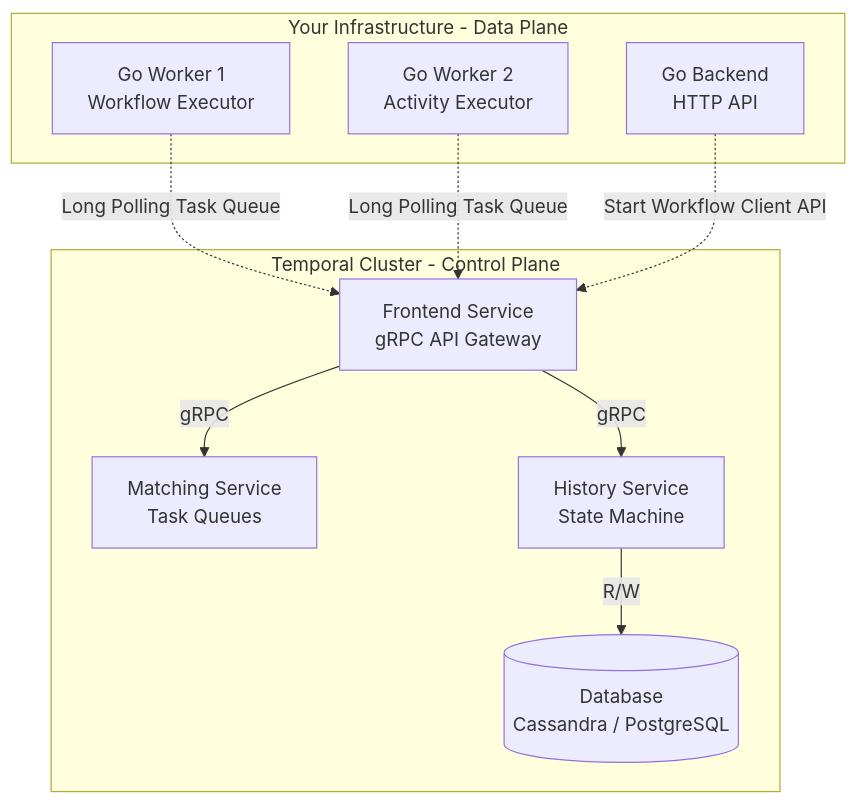
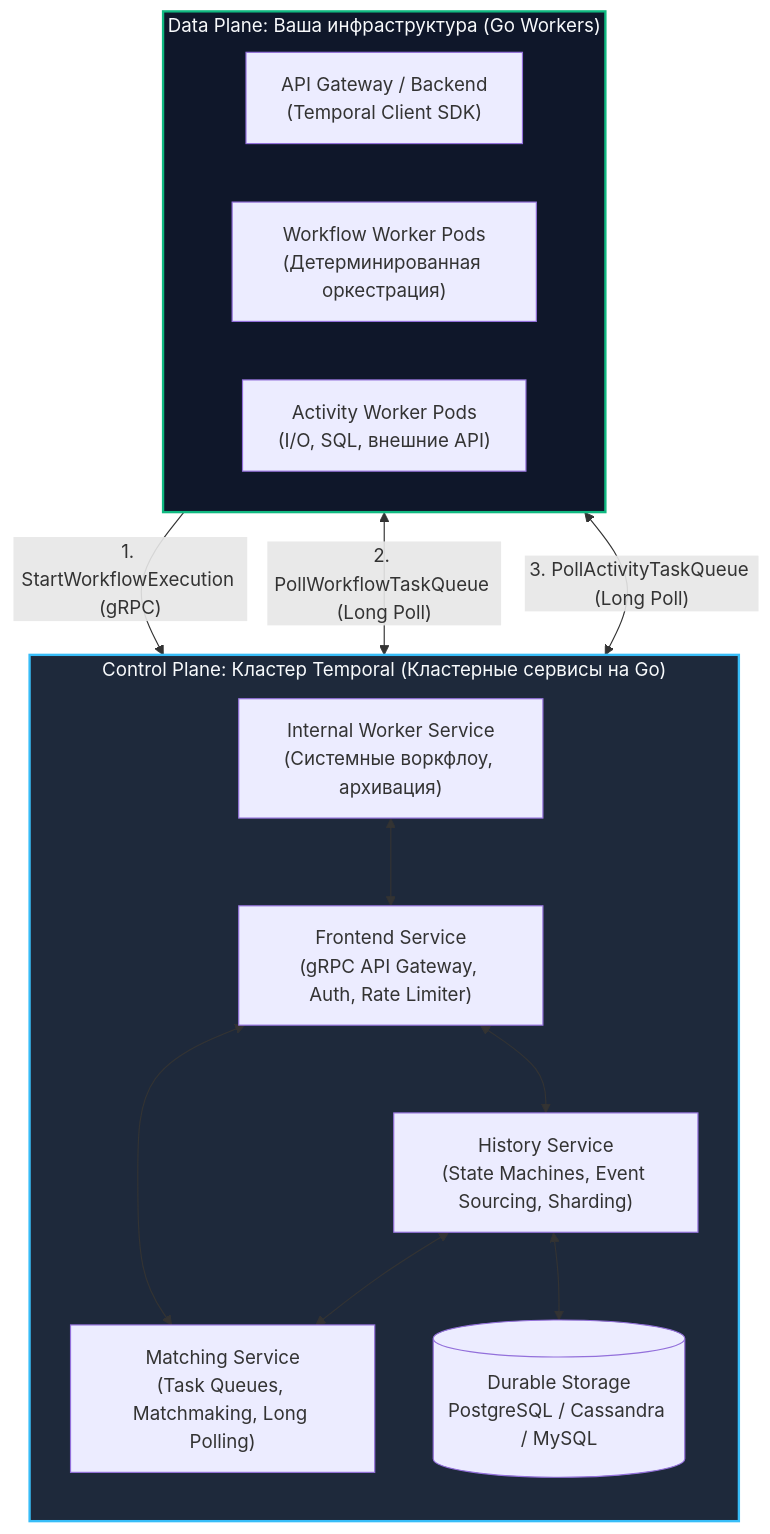
The first of 3 diagrams in sources/13. Очереди, брокеры сообщений и оркестраторы/06. Оркестрация процессов/2. Temporal. Архитектура и концепции.md (UnrealTemplier/go-textbook), drawn with Mermaid before and after one commit. The commit also changed other lines of this file, not shown here.

Commit message:
feat(module-13): editorial rewrite of lecture 2 (Temporal architecture) in Subsection 6 in Kernighan style

````diff
--- a/sources/13. Очереди, брокеры сообщений и оркестраторы/06. Оркестрация процессов/2. Temporal. Архитектура и концепции.md
+++ b/sources/13. Очереди, брокеры сообщений и оркестраторы/06. Оркестрация процессов/2. Temporal. Архитектура и концепции.md
@@ -26,23 +19,33 @@
 ```mermaid
-graph TD
-    subgraph Temporal Cluster - Control Plane
-        F["Frontend Service<br>gRPC API Gateway"]
-        M["Matching Service<br>Task Queues"]
-        H["History Service<br>State Machine"]
-        DB[(Database<br>Cassandra / PostgreSQL)]
+flowchart TB
+    subgraph ControlPlane["Control Plane: Кластер Temporal (Кластерные сервисы на Go)"]
+        direction TB
+        F["Frontend Service<br>(gRPC API Gateway, Auth, Rate Limiter)"]
+        M["Matching Service<br>(Task Queues, Matchmaking, Long Polling)"]
+        H["History Service<br>(State Machines, Event Sourcing, Sharding)"]
+        W_SYS["Internal Worker Service<br>(Системные воркфлоу, архивация)"]
+        DB[(Durable Storage<br>PostgreSQL / Cassandra / MySQL)]
         
-        F -->|gRPC| M
-        F -->|gRPC| H
-        H -->|R/W| DB
+        F <--> M
+        F <--> H
+        H <--> DB
+        H <--> M
+        W_SYS <--> F
     end
-    
-    subgraph Your Infrastructure - Data Plane
-        W1["Go Worker 1<br>Workflow Executor"]
-        W2["Go Worker 2<br>Activity Executor"]
-        App["Go Backend<br>HTTP API"]
+
+    subgraph DataPlane["Data Plane: Ваша инфраструктура (Go Workers)"]
+        direction LR
+        AppClient["API Gateway / Backend<br>(Temporal Client SDK)"]
+        W1["Workflow Worker Pods<br>(Детерминированная оркестрация)"]
+        W2["Activity Worker Pods<br>(I/O, SQL, внешние API)"]
     end
-    
-    W1 -.->|"Long Polling Task Queue"| F
-    W2 -.->|"Long Polling Task Queue"| F
-    App -.->|"Start Workflow Client API"| F
+
+    AppClient -->|"1. StartWorkflowExecution (gRPC)"| F
+    W1 <-->|"2. PollWorkflowTaskQueue (Long Poll)"| F
+    W2 <-->|"3. PollActivityTaskQueue (Long Poll)"| F
+
+    classDef cp fill:#1e293b,stroke:#38bdf8,stroke-width:2px,color:#f8fafc;
+    classDef dp fill:#0f172a,stroke:#10b981,stroke-width:2px,color:#f8fafc;
+    class ControlPlane cp;
+    class DataPlane dp;
 ```
````
